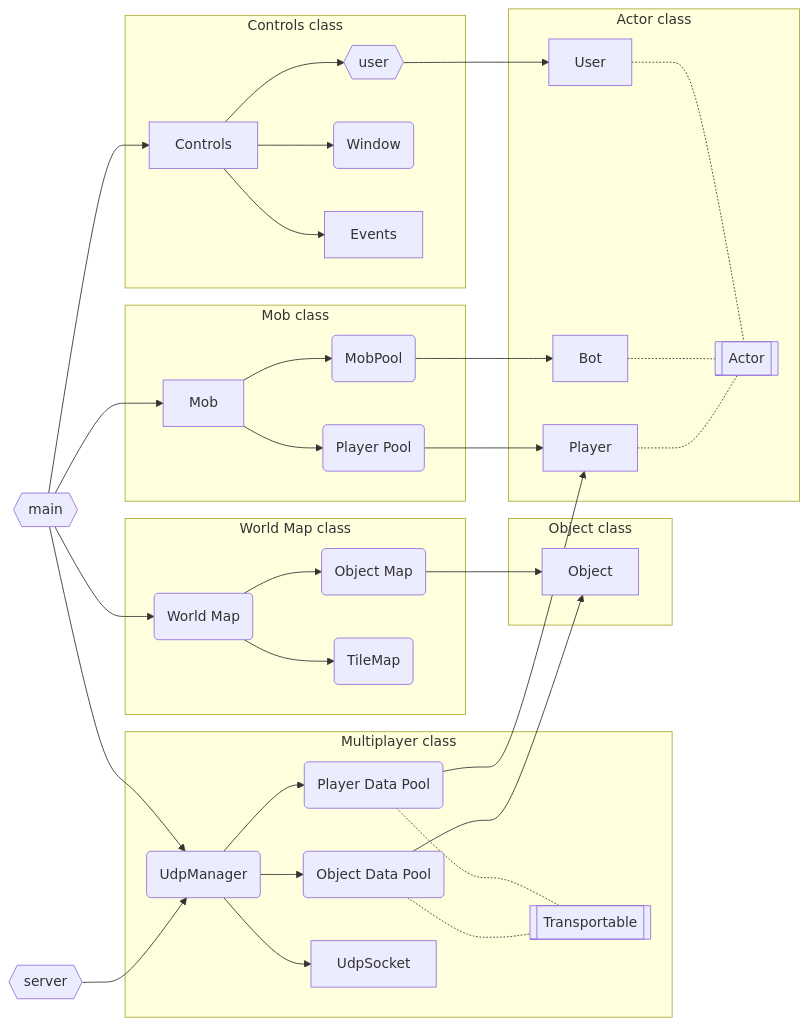
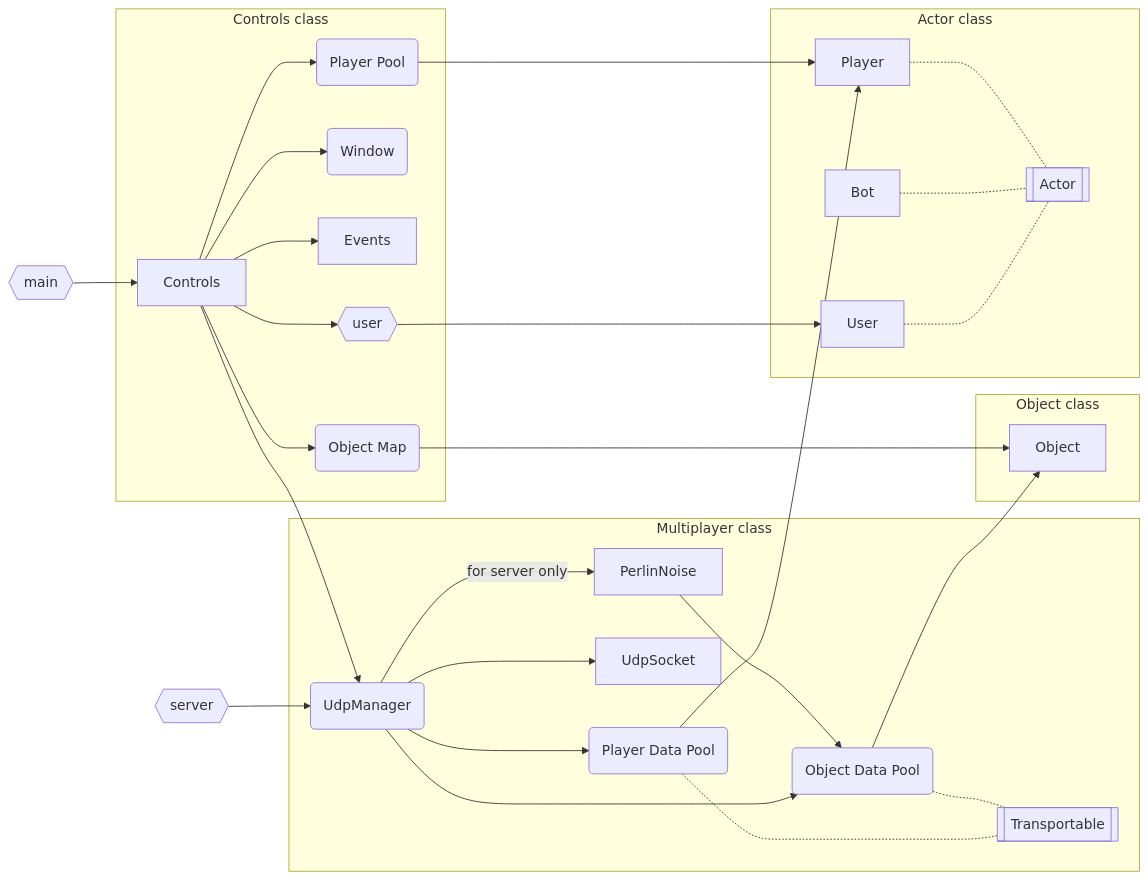
The diagram in README.md (ISPlatonov/SFML_project), drawn with Mermaid before and after one commit. The commit also changed other lines of this file, not shown here.

````diff
--- a/README.md
+++ b/README.md
@@ -47,42 +51,35 @@
 ```mermaid
 flowchart LR
     main{{main}} --> Controls
-    main --> WM(World Map)
-    main --> Mob
-    main --> UdpManager(UdpManager)
     server{{server}} --> UdpManager
     subgraph Multiplayer class
         UdpManager --> PDP(Player Data Pool)
         UdpManager --> ODP(Object Data Pool)
         UdpManager --> UdpSocket
         PDP -.- Transportable[[Transportable]]
         ODP -.- Transportable
-    end
-    subgraph World Map class
-        WM --> OM(Object Map)
-        WM --> TileMap(TileMap)
-    end
-    subgraph Mob class
-        Mob --> PP(Player Pool)
-        Mob --> MobPool(MobPool)
+        UdpManager -- for server only --> PerlinNoise
+        PerlinNoise --> ODP
     end
     subgraph Controls class
         Controls --> user{{user}}
         Controls --> Window(Window)
         Controls --> Events
+        Controls --> OM(Object Map)
+        Controls --> PP(Player Pool)
+        Controls --> UdpManager(UdpManager)
     end
     subgraph Object class
         Object
     end
     subgraph Actor class
         User -.- Actor[[Actor]]
         Bot -.- Actor
         Player -.- Actor
     end
     ODP --> Object
     OM --> Object
     user --> User
     PDP --> Player
     PP --> Player
-    MobPool --> Bot
 ```
````
